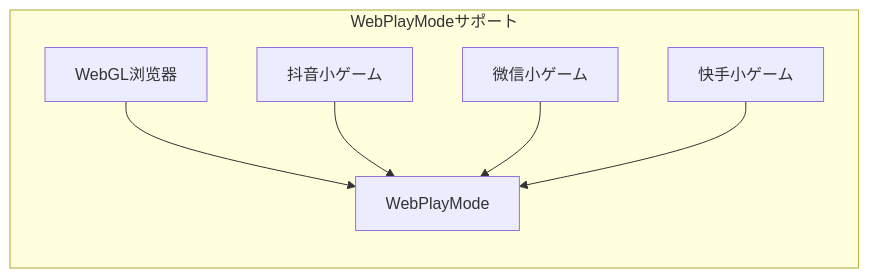
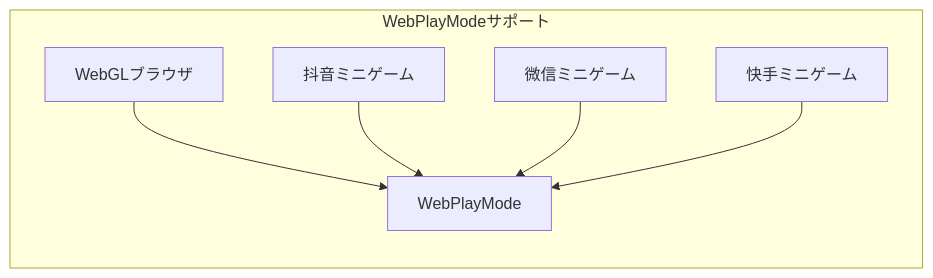
One commit to AlianBlank/GameFrameX.Docs changed the fourth of 4 diagrams in docs/ja/client/unity/component/asset/10.asset-manager.md. Above: the diagram before and after it, drawn with Mermaid. The commit also changed other lines of this file and 320 other files, not shown here.

````diff
--- a/docs/ja/client/unity/component/asset/10.asset-manager.md
+++ b/docs/ja/client/unity/component/asset/10.asset-manager.md
@@ -318,9 +318,9 @@
 ```mermaid
 flowchart LR
     subgraph WebPlayModeサポート
-        A[WebGL浏览器] --> B[WebPlayMode]
-        C[抖音小ゲーム] --> B
-        D[微信小ゲーム] --> B
-        E[快手小ゲーム] --> B
+        A[WebGLブラウザ] --> B[WebPlayMode]
+        C[抖音ミニゲーム] --> B
+        D[微信ミニゲーム] --> B
+        E[快手ミニゲーム] --> B
     end
 ```
````
